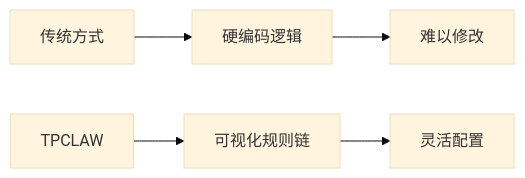
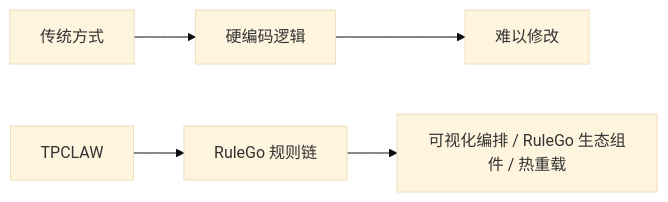
The diagram in docs/guide/introduction/comparison.md (teambuf/tpclaw-doc), drawn with Mermaid (base theme) before and after one commit. The commit also changed other lines of this file and 79 other files, not shown here.

First line of the commit message:
重构文档：基于截图重写教程，突出核心卖点

````diff
--- a/docs/guide/introduction/comparison.md
+++ b/docs/guide/introduction/comparison.md
@@ -85,8 +79,8 @@
 ```mermaid
 graph LR
     A[传统方式] --> B[硬编码逻辑]
-    C[TPCLAW] --> D[可视化规则链]
+    C[TPCLAW] --> D[RuleGo 规则链]
 
     B --> E[难以修改]
-    D --> F[灵活配置]
+    D --> F[可视化编排 / RuleGo 生态组件 / 热重载]
 ```
````
